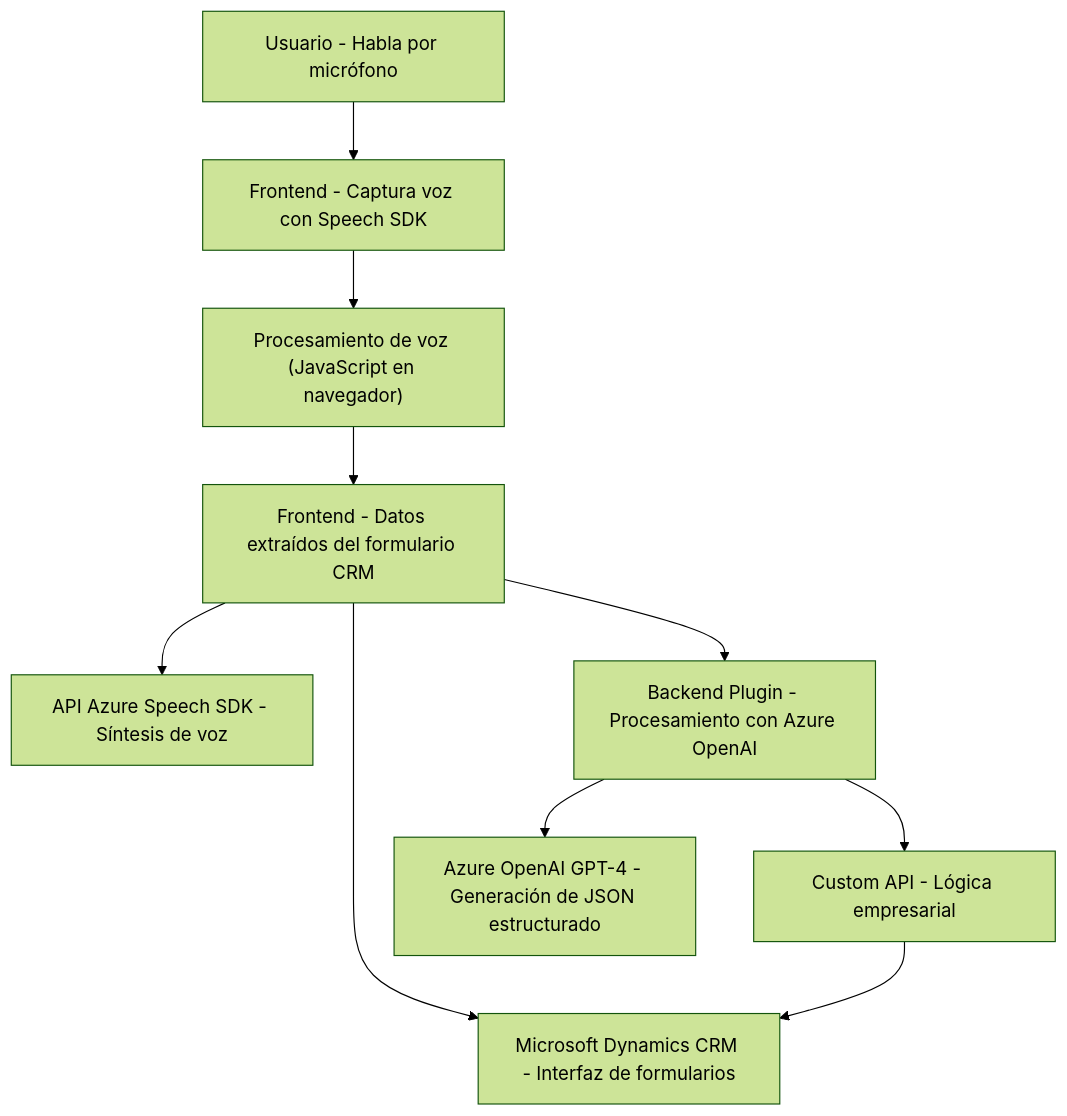
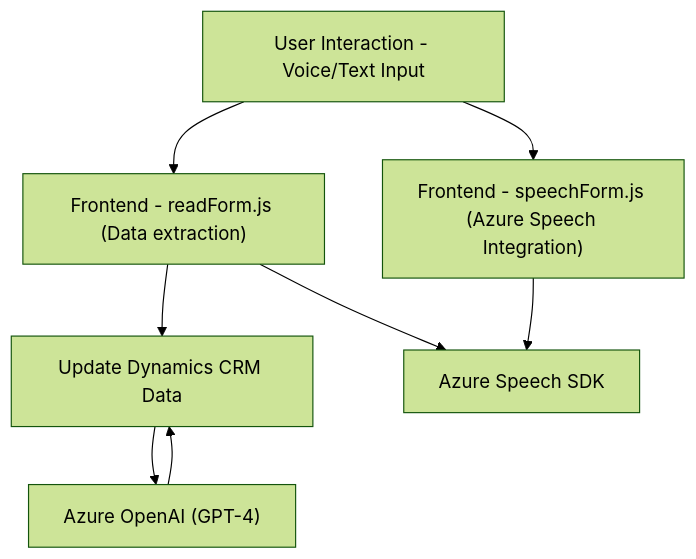
The diagram in README.md (blopezdm/NETCORE_BILBAO2025), drawn with Mermaid (forest theme) before and after one commit. The commit also changed other lines of this file, not shown here.

Commit message:
Actualizar análisis global de la solución con IA

````diff
--- a/README.md
+++ b/README.md
@@ -30,22 +48,17 @@
 ```mermaid
 graph TD
-    A["Usuario - Habla por micrófono"]
-    B["Frontend - Captura voz con Speech SDK"]
-    C["Procesamiento de voz (JavaScript en navegador)"]
-    D["Frontend - Datos extraídos del formulario CRM"]
-    E["API Azure Speech SDK - Síntesis de voz"]
-    F["Backend Plugin - Procesamiento con Azure OpenAI"]
-    G["Custom API - Lógica empresarial"]
-    H["Microsoft Dynamics CRM - Interfaz de formularios"]
-    I["Azure OpenAI GPT-4 - Generación de JSON estructurado"]
+  A["User Interaction - Voice/Text Input"]
+  B["Frontend - readForm.js (Data extraction)"]
+  C["Frontend - speechForm.js (Azure Speech Integration)"]
+  D["Backend Plugin - Dynamics CRM"]
+  E["Azure Speech SDK"]
+  F["Azure OpenAI (GPT-4)"]
 
-    A --> B
-    B --> C
-    C --> D
-    D --> E
-    D --> H
-    D --> F
-    F --> I
-    F --> G
-    G --> H
+  A --> B
+  A --> C
+  B --> E
+  B --> D
+  C --> E
+  D --> F
+  F --> D["Update Dynamics CRM Data"]
 ```
````
